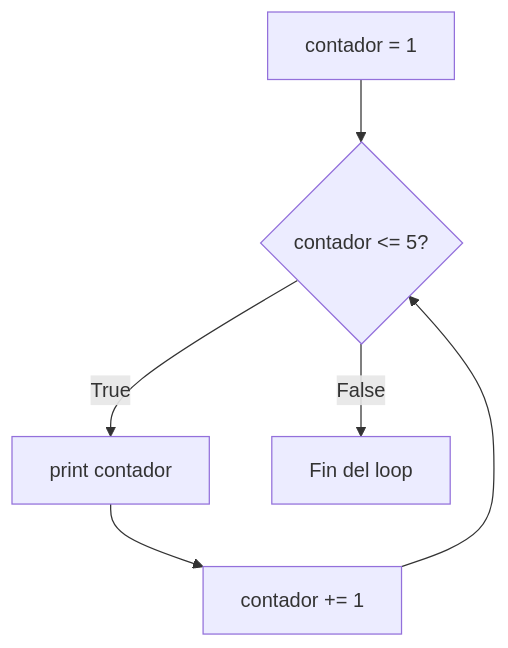
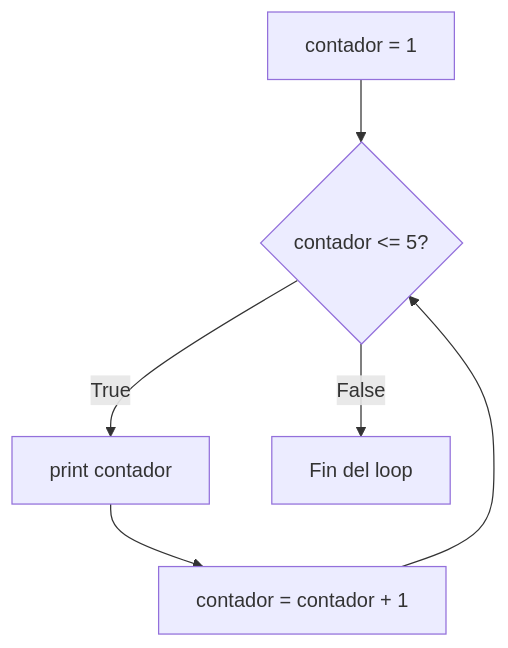
One commit to INGCOM-UNRN/apunte-ingreso changed the fifth of 7 diagrams in 2_control_flujo.md. Above: the diagram before and after it, drawn with Mermaid. The commit also changed other lines of this file and 62 other files, not shown here.

````diff
--- a/2_control_flujo.md
+++ b/2_control_flujo.md
@@ -329,8 +854,8 @@
 ```{mermaid}
 flowchart TD
     A[contador = 1] --> B{contador <= 5?}
     B -->|True| C[print contador]
-    C --> D[contador += 1]
+    C --> D[contador = contador + 1]
     D --> B
     B -->|False| E[Fin del loop]
 ```
````
